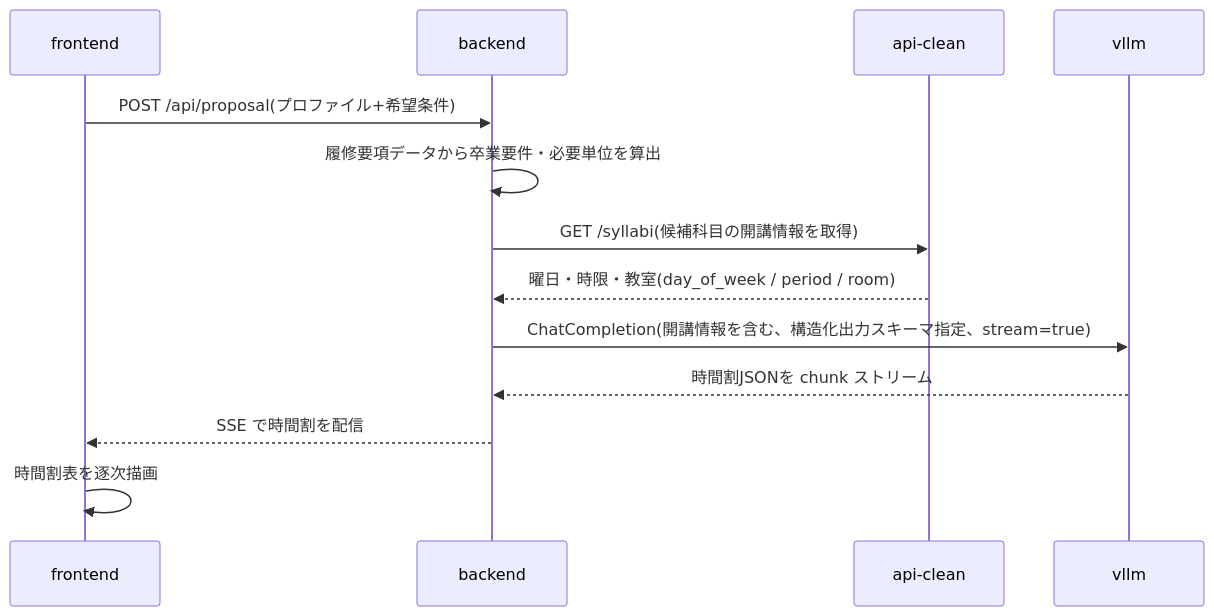
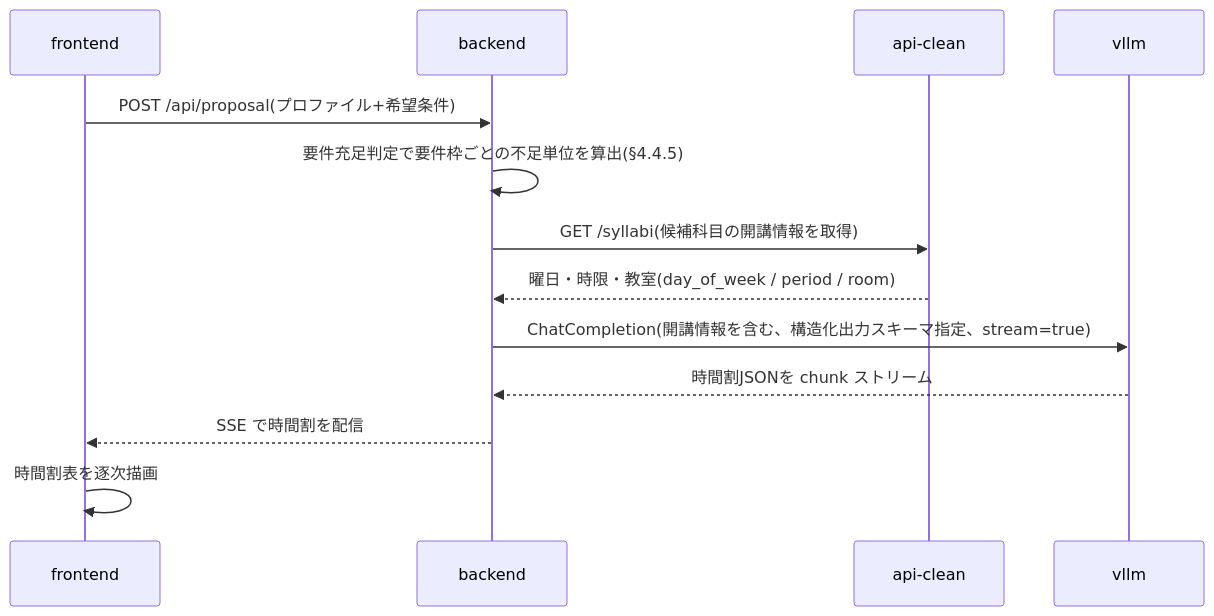
Before and after one commit to ProjectResearch2026/Syllabel: the second of 4 diagrams in docs/design/05-interfaces.md, drawn with Mermaid. The commit also changed other lines of this file and 7 other files, not shown here.

````diff
--- a/docs/design/05-interfaces.md
+++ b/docs/design/05-interfaces.md
@@ -66,15 +89,15 @@
 ```mermaid
 sequenceDiagram
   participant FE as frontend
   participant BE as backend
   participant API as api-clean
   participant LLM as vllm
   FE->>BE: POST /api/proposal(プロファイル+希望条件)
-  BE->>BE: 履修要項データから卒業要件・必要単位を算出
+  BE->>BE: 要件充足判定で要件枠ごとの不足単位を算出(§4.4.5)
   BE->>API: GET /syllabi(候補科目の開講情報を取得)
   API-->>BE: 曜日・時限・教室(day_of_week / period / room)
   BE->>LLM: ChatCompletion(開講情報を含む、構造化出力スキーマ指定、stream=true)
   LLM-->>BE: 時間割JSONを chunk ストリーム
   BE-->>FE: SSE で時間割を配信
   FE->>FE: 時間割表を逐次描画
 ```
````
